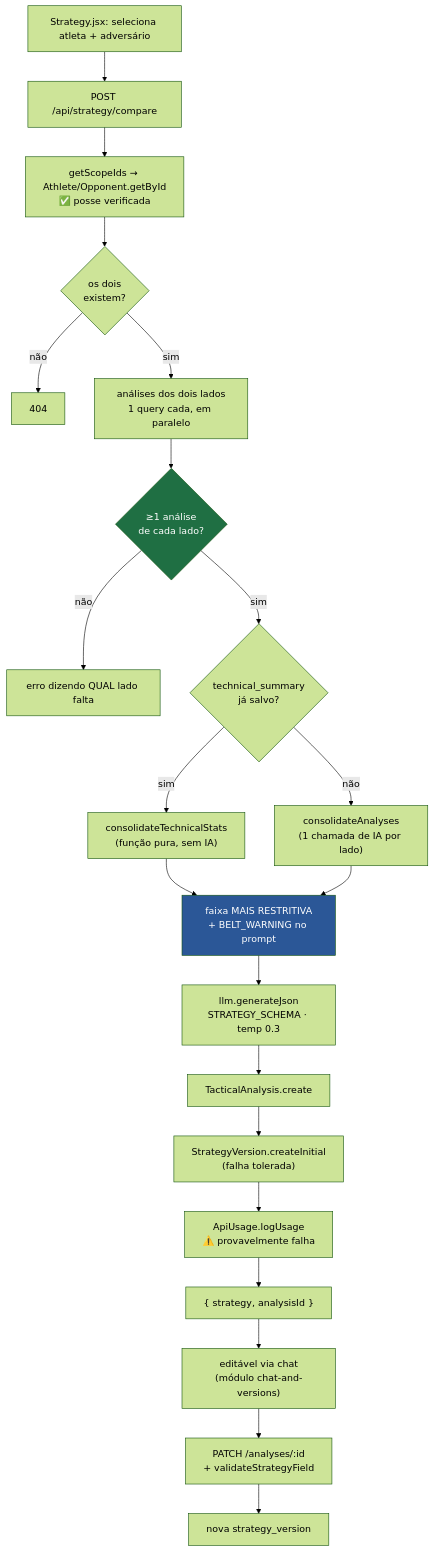
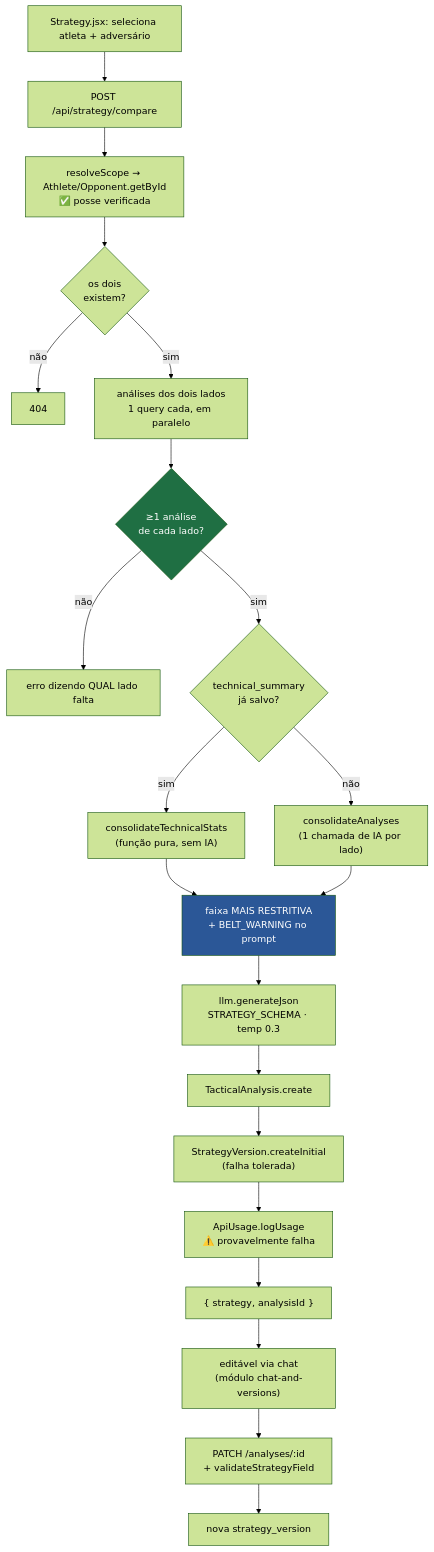
One commit to lucasxtech/JiuMetrics changed the diagram in docs/modules/strategies.md. Above: the diagram before and after it, drawn with Mermaid (forest theme). The commit also changed 15 other files, not shown here.

````diff
--- a/docs/modules/strategies.md
+++ b/docs/modules/strategies.md
@@ -71,26 +71,26 @@
 ```mermaid
 flowchart TD
     UI["Strategy.jsx: seleciona atleta + adversário"] --> POST["POST /api/strategy/compare"]
-    POST --> SCOPE["getScopeIds → Athlete/Opponent.getById<br/>✅ posse verificada"]
+    POST --> SCOPE["resolveScope → Athlete/Opponent.getById<br/>✅ posse verificada"]
     SCOPE --> FOUND{"os dois<br/>existem?"}
     FOUND -->|não| E404["404"]
     FOUND -->|sim| FETCH["análises dos dois lados<br/>1 query cada, em paralelo"]
     FETCH --> GATE{"≥1 análise<br/>de cada lado?"}
     GATE -->|não| ERRG["erro dizendo QUAL lado falta"]
     GATE -->|sim| SUM{"technical_summary<br/>já salvo?"}
     SUM -->|sim| PURE["consolidateTechnicalStats<br/>(função pura, sem IA)"]
     SUM -->|não| AI1["consolidateAnalyses<br/>(1 chamada de IA por lado)"]
     PURE --> BELT
     AI1 --> BELT["faixa MAIS RESTRITIVA<br/>+ BELT_WARNING no prompt"]
     BELT --> AI2["llm.generateJson<br/>STRATEGY_SCHEMA · temp 0.3"]
     AI2 --> SAVE["TacticalAnalysis.create"]
     SAVE --> V1["StrategyVersion.createInitial<br/>(falha tolerada)"]
     V1 --> USG["ApiUsage.logUsage<br/>⚠️ provavelmente falha"]
     USG --> RESP["{ strategy, analysisId }"]
     RESP --> EDIT["editável via chat<br/>(módulo chat-and-versions)"]
     EDIT --> PATCH["PATCH /analyses/:id<br/>+ validateStrategyField"]
     PATCH --> VN["nova strategy_version"]
 
     style BELT fill:#2b5797,color:#fff
     style GATE fill:#1f6f43,color:#fff
 ```
````
